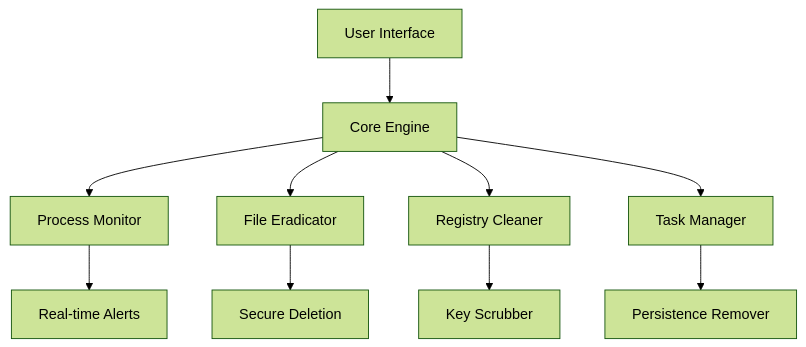
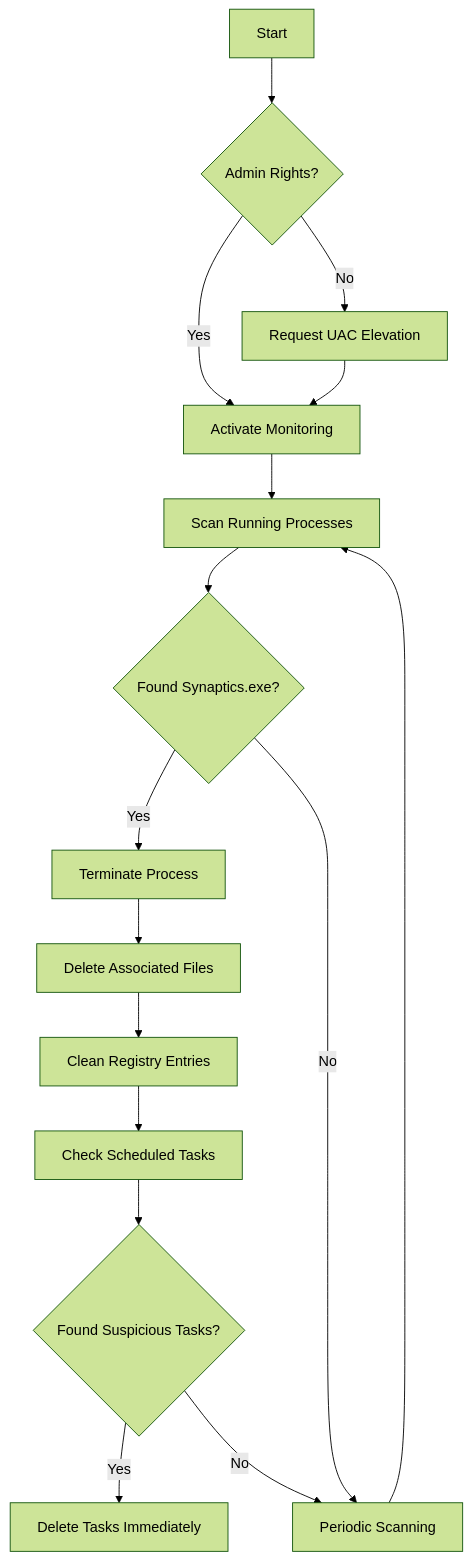
The diagram in README.md (Da7rkx0/Synaptics-Killer), drawn with Mermaid (forest theme) before and after one commit. The commit also changed other lines of this file, not shown here.

````diff
--- a/README.md
+++ b/README.md
@@ -105,12 +16,18 @@
-```mermaid  
-graph TD  
-    A[User Interface] --> B[Core Engine]  
-    B --> C[Process Monitor]  
-    B --> D[File Eradicator]  
-    B --> E[Registry Cleaner]  
-    B --> F[Task Manager]  
-    C --> G[Real-time Alerts]  
-    D --> H[Secure Deletion]  
-    E --> I[Key Scrubber]  
-    F --> J[Persistence Remover]  
-```  
+```mermaid
+graph TD
+    A[Start] --> B{Admin Rights?}
+    B -- Yes --> C[Activate Monitoring]
+    B -- No --> D[Request UAC Elevation]
+    D --> C
+    C --> E[Scan Running Processes]
+    E --> F{Found Synaptics.exe?}
+    F -- Yes --> G[Terminate Process]
+    F -- No --> H[Periodic Scanning]
+    G --> I[Delete Associated Files]
+    I --> J[Clean Registry Entries]
+    J --> K[Check Scheduled Tasks]
+    K --> L{Found Suspicious Tasks?}
+    L -- Yes --> M[Delete Tasks Immediately]
+    L -- No --> H
+    H --> E
+```
````
